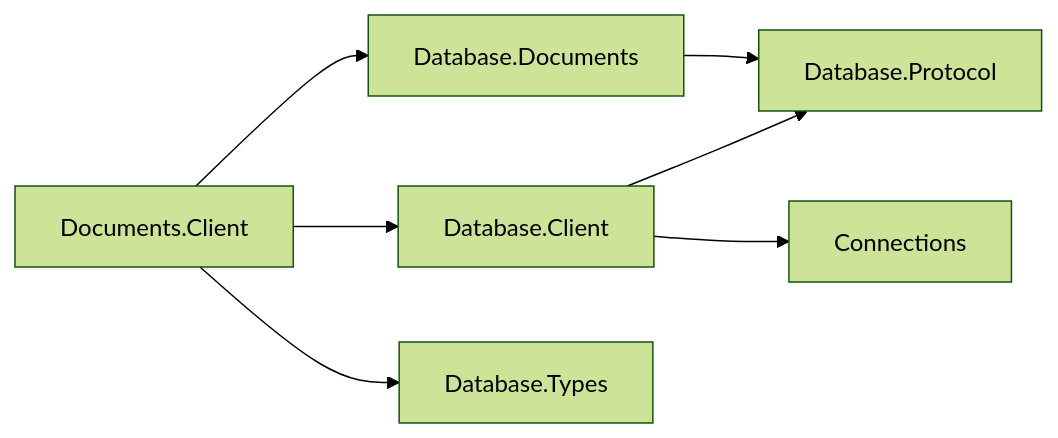
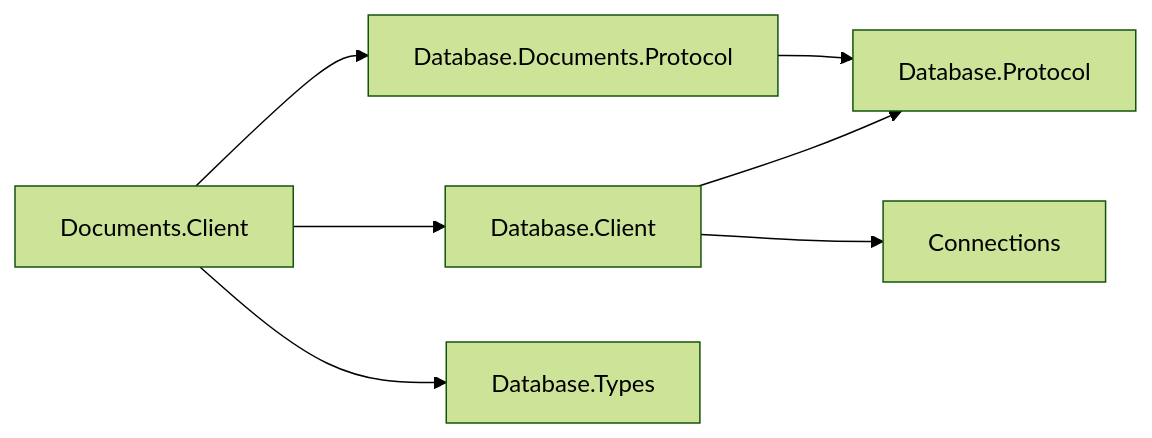
The first of 2 diagrams in resources/Database/Assimalign.Cohesion.Database.Documents.Client/docs/DESIGN.md (assimalign/cohesion), drawn with Mermaid (forest theme) before and after one commit. The commit also changed other lines of this file and 13 other files, not shown here.

Commit message:
refactor(database): cut client references to the engines

````diff
--- a/resources/Database/Assimalign.Cohesion.Database.Documents.Client/docs/DESIGN.md
+++ b/resources/Database/Assimalign.Cohesion.Database.Documents.Client/docs/DESIGN.md
@@ -24,9 +28,9 @@
 ```mermaid
 flowchart LR
     Client["Documents.Client"] --> Core["Database.Client"]
-    Client --> Model["Database.Documents"]
+    Client --> Model["Database.Documents.Protocol"]
     Client --> Types["Database.Types"]
     Core --> Protocol["Database.Protocol"]
     Model --> Protocol
     Core --> Connections["Connections"]
 ```
````
